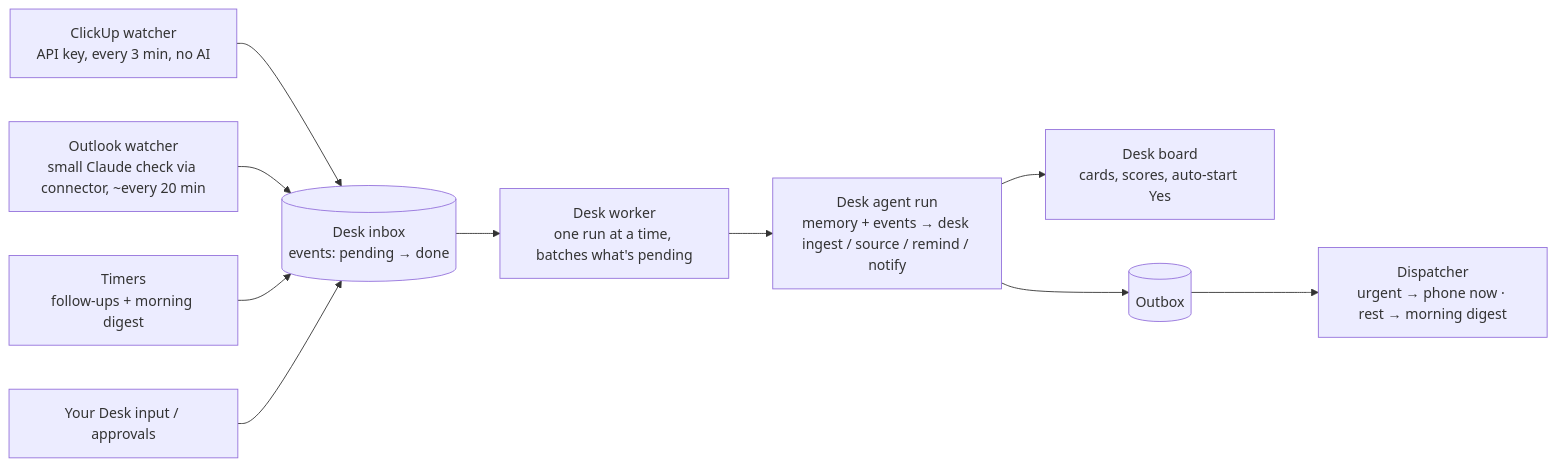
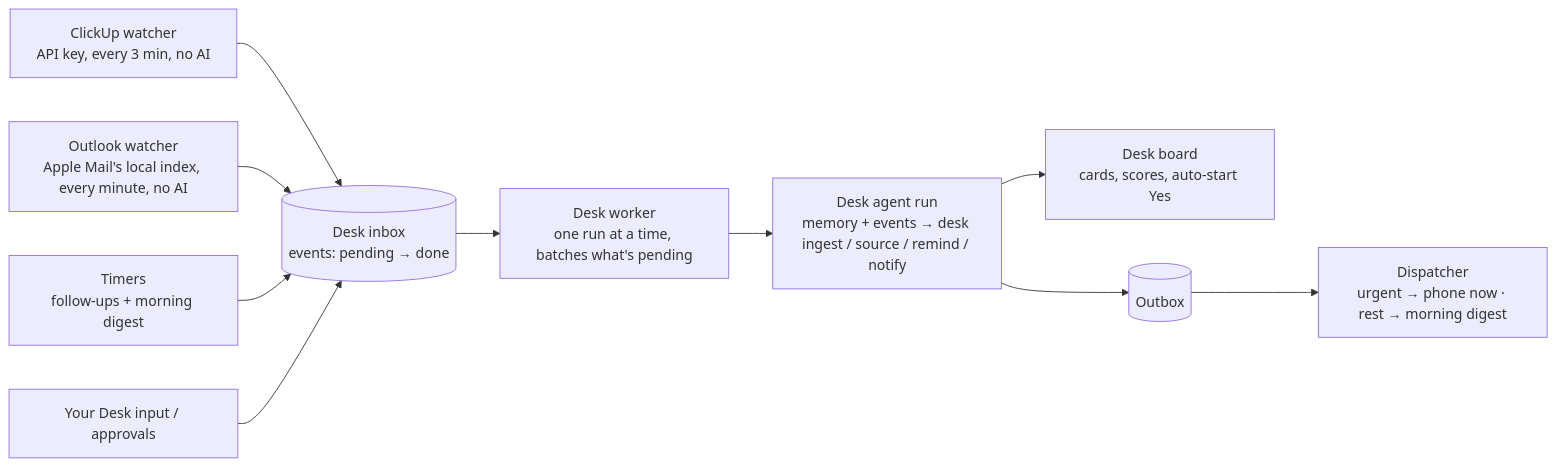
The diagram in plans/always-on-desk.md (shelbyklein/chatterbox), drawn with Mermaid before and after one commit. The commit also changed other lines of this file and 1 other file, not shown here.

Commit message:
Plan: always-on Desk T1 probe; Outlook through Apple Mail (#72)

````diff
--- a/plans/always-on-desk.md
+++ b/plans/always-on-desk.md
@@ -28,12 +28,12 @@
 ```mermaid
 flowchart LR
   CU[ClickUp watcher<br/>API key, every 3 min, no AI] --> IN[(Desk inbox<br/>events: pending → done)]
-  OL[Outlook watcher<br/>small Claude check via connector, ~every 20 min] --> IN
+  OL[Outlook watcher<br/>Apple Mail's local index, every minute, no AI] --> IN
   TM[Timers<br/>follow-ups + morning digest] --> IN
   YOU[Your Desk input / approvals] --> IN
   IN --> W[Desk worker<br/>one run at a time, batches what's pending]
   W --> AG[Desk agent run<br/>memory + events → desk ingest / source / remind / notify]
   AG --> B[Desk board<br/>cards, scores, auto-start Yes]
   AG --> OUT[(Outbox)]
   OUT --> D[Dispatcher<br/>urgent → phone now · rest → morning digest]
 ```
````
